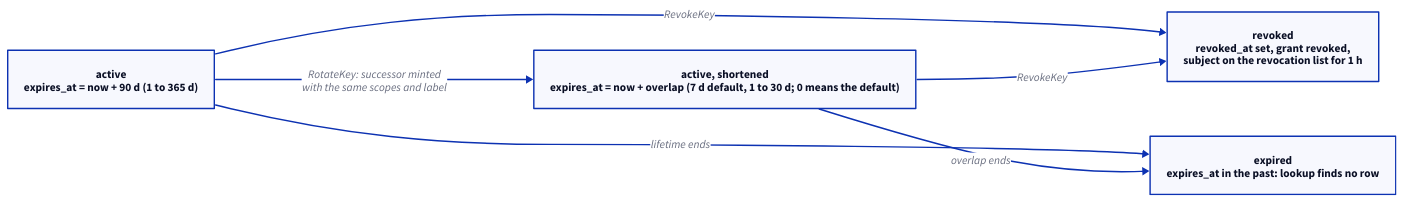
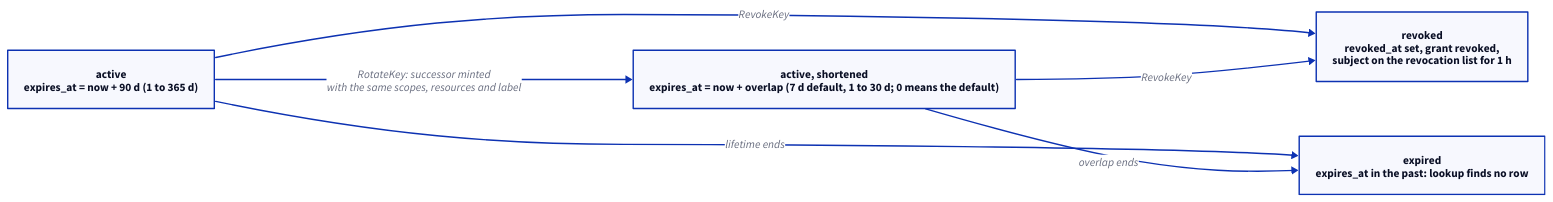
Before and after one commit to DeBrosOfficial/network: the diagram in docs/whitepaper/technical-reference/diagrams/ch14-key-lifecycle.d2, drawn with D2. The commit also changed 42 other files, not shown here.

```diff
--- a/docs/whitepaper/technical-reference/diagrams/ch14-key-lifecycle.d2
+++ b/docs/whitepaper/technical-reference/diagrams/ch14-key-lifecycle.d2
@@ -1,12 +1,12 @@
 direction: right
 
 minted: "active\nexpires_at = now + 90 d (1 to 365 d)"
 overlap: "active, shortened\nexpires_at = now + overlap (7 d default, 1 to 30 d; 0 means the default)"
 expired: "expired\nexpires_at in the past: lookup finds no row"
 revoked: "revoked\nrevoked_at set, grant revoked,\nsubject on the revocation list for 1 h"
 
-minted -> overlap: "RotateKey: successor minted\nwith the same scopes and label"
+minted -> overlap: "RotateKey: successor minted\nwith the same scopes, resources and label"
 minted -> revoked: "RevokeKey"
 overlap -> revoked: "RevokeKey"
 minted -> expired: "lifetime ends"
 overlap -> expired: "overlap ends"
```
